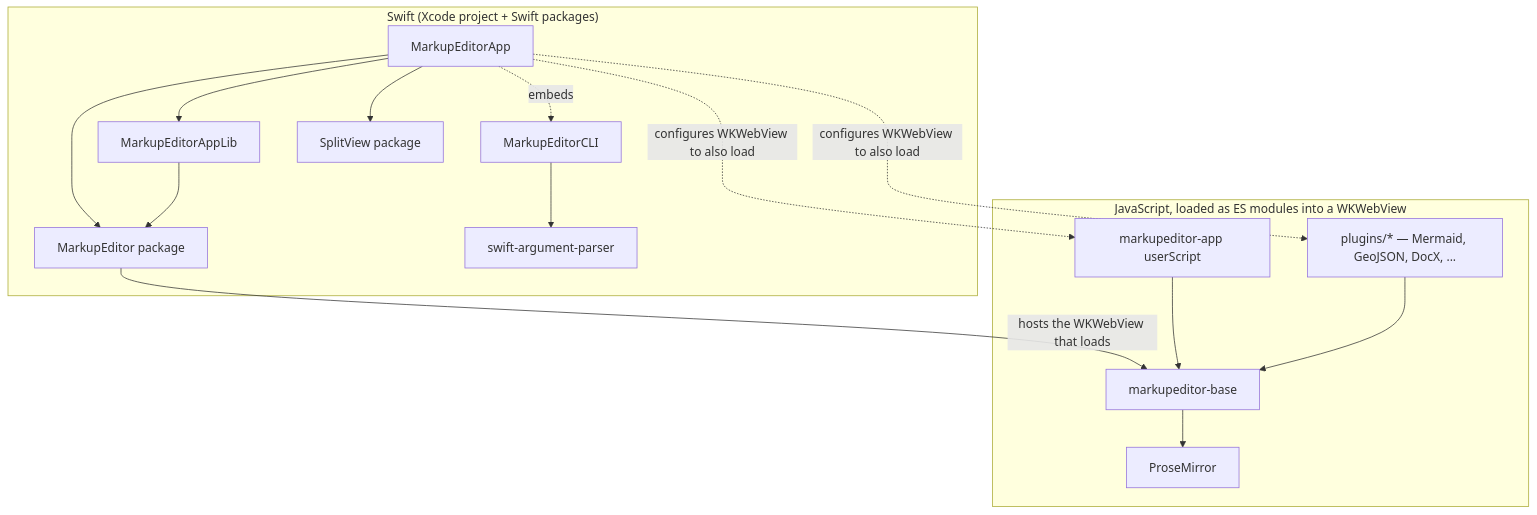
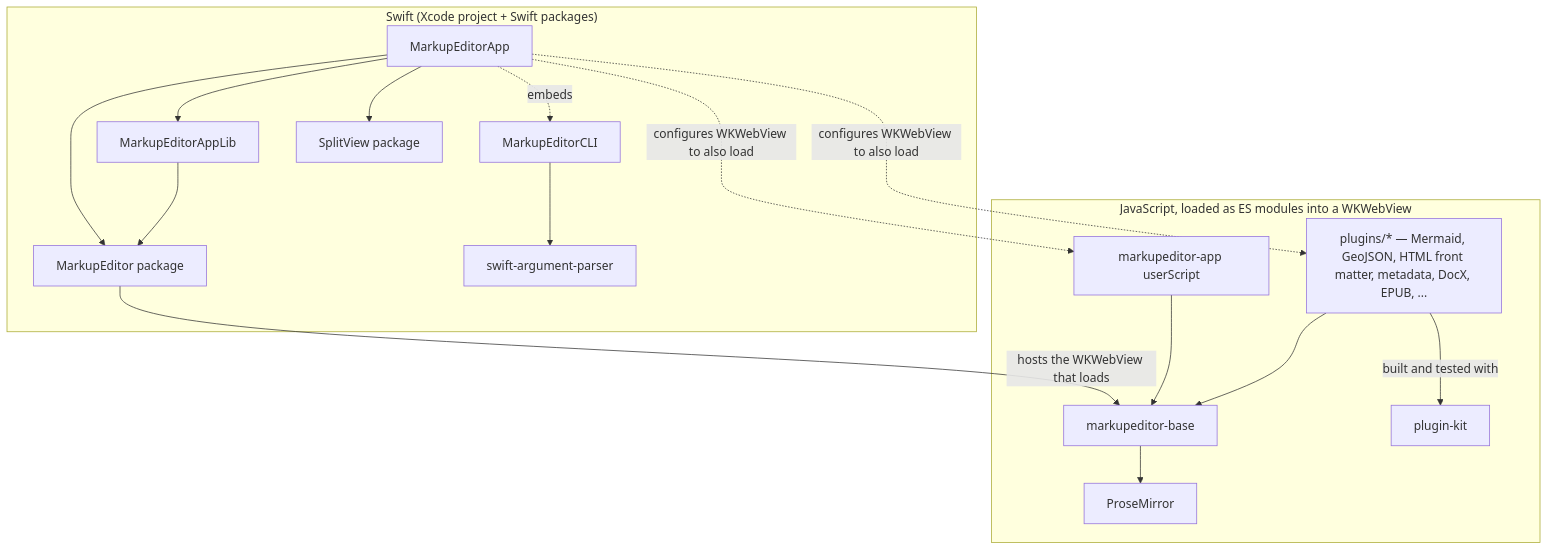
Before and after one commit to stevengharris/MarkupEditorApp: the diagram in README.md, drawn with Mermaid. The commit also changed other lines of this file and 2 other files, not shown here.

````diff
--- a/README.md
+++ b/README.md
@@ -138,32 +144,34 @@
 ```mermaid
 flowchart TD
     subgraph Swift["Swift (Xcode project + Swift packages)"]
         App[MarkupEditorApp]
         Lib[MarkupEditorAppLib]
         CLI[MarkupEditorCLI]
         MU[MarkupEditor package]
         Split[SplitView package]
         AP[swift-argument-parser]
     end
 
     subgraph JS["JavaScript, loaded as ES modules into a WKWebView"]
         Base[markupeditor-base]
         AppJS[markupeditor-app userScript]
-        Plugins["plugins/* — Mermaid, GeoJSON, DocX, ..."]
+        Plugins["plugins/* — Mermaid, GeoJSON, HTML front matter, metadata, DocX, EPUB, ..."]
+        Kit[plugin-kit]
         PM[ProseMirror]
     end
 
     App --> MU
     App --> Split
     App --> Lib
     Lib --> MU
     App -.->|embeds| CLI
     CLI --> AP
 
     MU -->|hosts the WKWebView that loads| Base
     App -.->|configures WKWebView to also load| AppJS
     App -.->|configures WKWebView to also load| Plugins
     Base --> PM
     AppJS --> Base
     Plugins --> Base
+    Plugins -->|built and tested with| Kit
 ```
````
